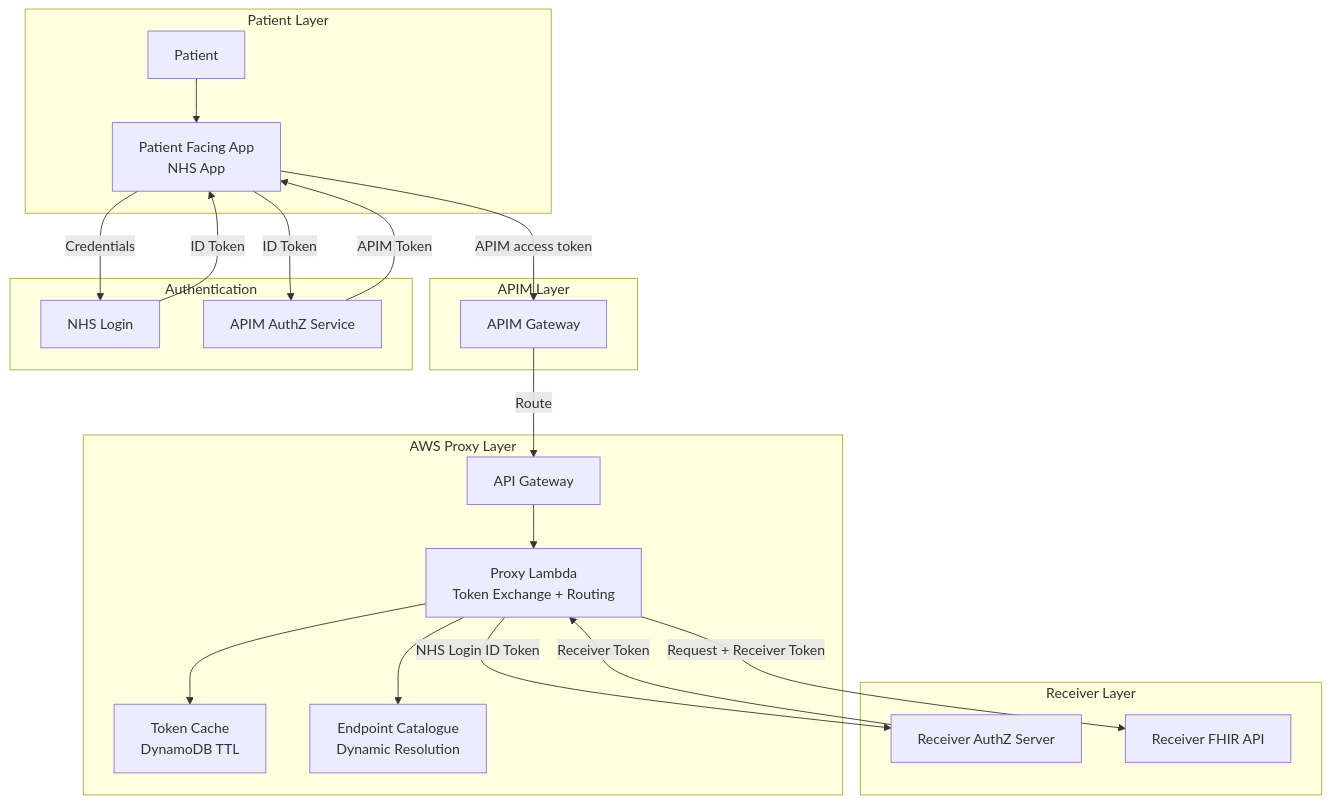
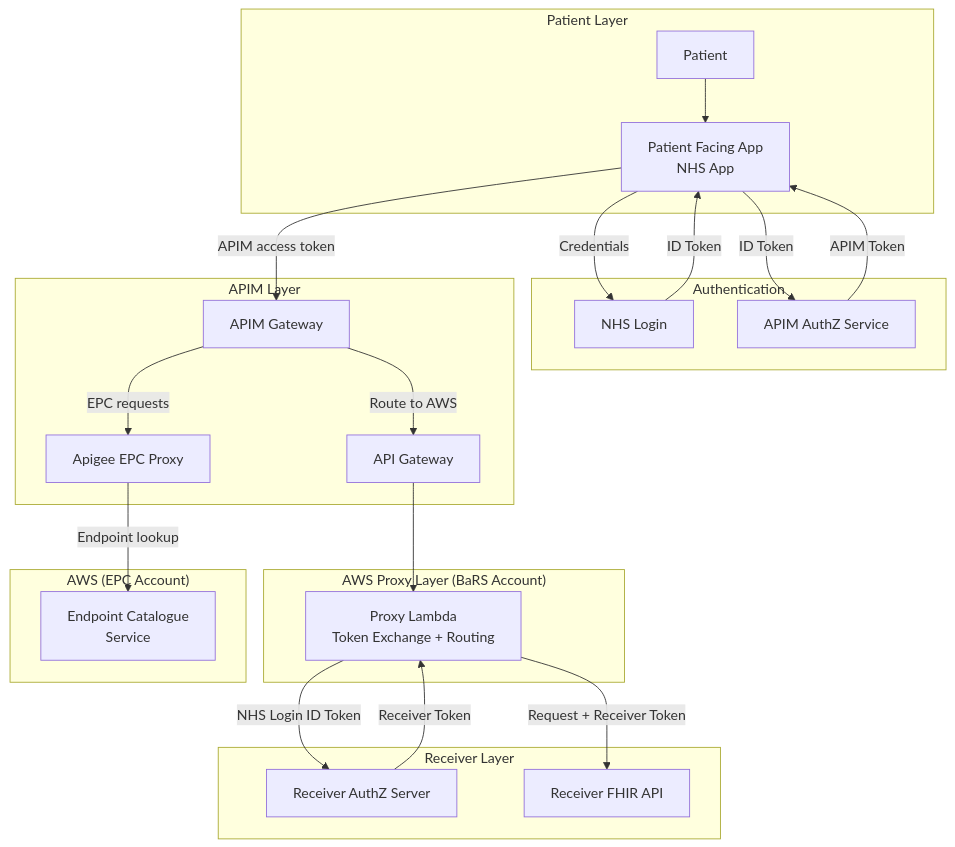
The third of 4 diagrams in ADR/ADR-060/ADR-060-Patient-Facing-BaRS-Authentication.md (RichardWardNHSD/BaRS-Appointments-StandardPattern), drawn with Mermaid before and after one commit. The commit also changed other lines of this file and 1 other file, not shown here.

````diff
--- a/ADR/ADR-060/ADR-060-Patient-Facing-BaRS-Authentication.md
+++ b/ADR/ADR-060/ADR-060-Patient-Facing-BaRS-Authentication.md
@@ -186,30 +185,33 @@
 ```mermaid
 graph TD
     subgraph PatientLayer["Patient Layer"]
         P[Patient] --> PFA[Patient Facing App<br/>NHS App]
-    end
-
-    subgraph APIMLayer["APIM Layer"]
-        PFA -->|"APIM access token"| APIM[APIM Gateway]
     end
 
     subgraph AuthLayer["Authentication"]
         PFA -->|"Credentials"| NL[NHS Login]
         NL -->|"ID Token"| PFA
         PFA -->|"ID Token"| APIM_AUTH[APIM AuthZ Service]
         APIM_AUTH -->|"APIM Token"| PFA
     end
 
-    subgraph AWSLayer["AWS Proxy Layer"]
-        APIM -->|"Route"| APIGW[API Gateway]
+    subgraph APIMLayer["APIM Layer"]
+        PFA -->|"APIM access token"| APIM[APIM Gateway]
+        APIM -->|"Route to AWS"| APIGW[API Gateway]
+        APIM -->|"EPC requests"| EPC_PROXY[Apigee EPC Proxy]
+    end
+
+    subgraph AWSProxyLayer["AWS Proxy Layer (BaRS Account)"]
         APIGW --> LAMBDA[Proxy Lambda<br/>Token Exchange + Routing]
-        LAMBDA --> CACHE[Token Cache<br/>DynamoDB TTL]
-        LAMBDA --> EPC[Endpoint Catalogue<br/>Dynamic Resolution]
+    end
+
+    subgraph AWSEPCLayer["AWS (EPC Account)"]
+        EPC_PROXY -->|"Endpoint lookup"| EPC[Endpoint Catalogue<br/>Service]
     end
 
     subgraph ReceiverLayer["Receiver Layer"]
         LAMBDA -->|"NHS Login ID Token"| REC_AUTH[Receiver AuthZ Server]
         REC_AUTH -->|"Receiver Token"| LAMBDA
         LAMBDA -->|"Request + Receiver Token"| REC_API[Receiver FHIR API]
     end
 ```
````
